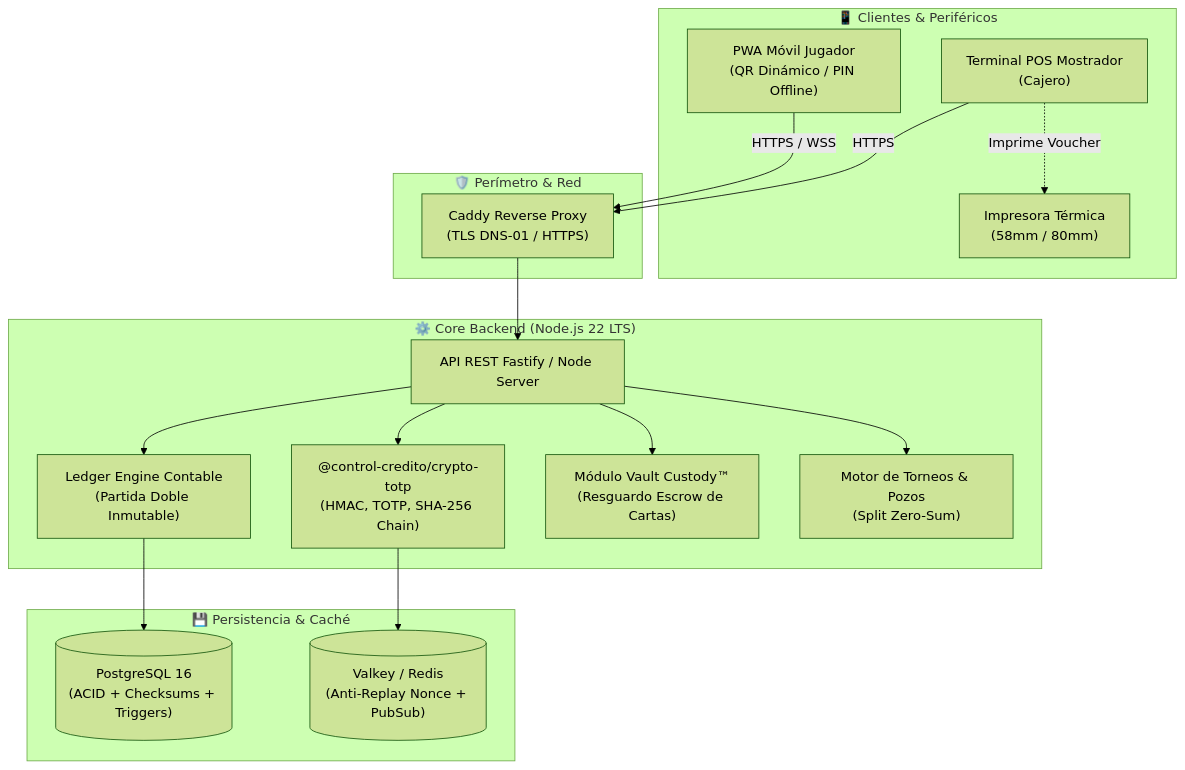
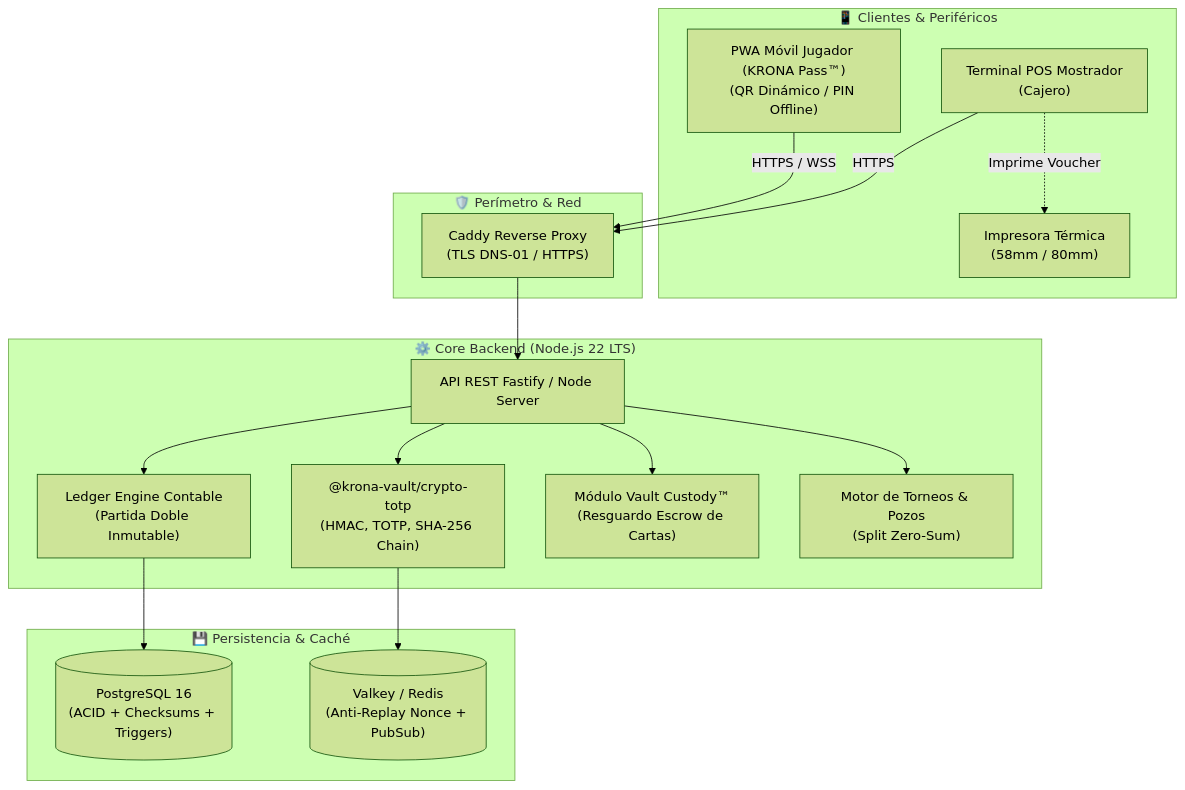
Before and after one commit to chamakov/krona-vault: the diagram in docs/ARCHITECTURE.md, drawn with Mermaid (forest theme). The commit also changed other lines of this file and 16 other files, not shown here.

Commit message:
chore: align product branding to KRONA VAULT and update repository references

````diff
--- a/docs/ARCHITECTURE.md
+++ b/docs/ARCHITECTURE.md
@@ -9,36 +9,36 @@
 ```mermaid
 flowchart TD
     subgraph Clientes ["📱 Clientes & Periféricos"]
-        PlayerApp["PWA Móvil Jugador<br/>(QR Dinámico / PIN Offline)"]
+        PlayerApp["PWA Móvil Jugador (KRONA Pass™)<br/>(QR Dinámico / PIN Offline)"]
         PosTerminal["Terminal POS Mostrador<br/>(Cajero)"]
         ThermalPrinter["Impresora Térmica<br/>(58mm / 80mm)"]
     end
 
     subgraph Proxy ["🛡️ Perímetro & Red"]
         Caddy["Caddy Reverse Proxy<br/>(TLS DNS-01 / HTTPS)"]
     end
 
     subgraph Backend ["⚙️ Core Backend (Node.js 22 LTS)"]
         API["API REST Fastify / Node Server"]
-        CryptoEngine["@control-credito/crypto-totp<br/>(HMAC, TOTP, SHA-256 Chain)"]
+        CryptoEngine["@krona-vault/crypto-totp<br/>(HMAC, TOTP, SHA-256 Chain)"]
         LedgerEngine["Ledger Engine Contable<br/>(Partida Doble Inmutable)"]
         CustodyEngine["Módulo Vault Custody™<br/>(Resguardo Escrow de Cartas)"]
         TournamentEngine["Motor de Torneos & Pozos<br/>(Split Zero-Sum)"]
     end
 
     subgraph Storage ["💾 Persistencia & Caché"]
         Postgres[("PostgreSQL 16<br/>(ACID + Checksums + Triggers)")]
         Valkey[("Valkey / Redis<br/>(Anti-Replay Nonce + PubSub)")]
     end
 
     PlayerApp -->|HTTPS / WSS| Caddy
     PosTerminal -->|HTTPS| Caddy
     Caddy --> API
     API --> CryptoEngine
     API --> LedgerEngine
     API --> CustodyEngine
     API --> TournamentEngine
     LedgerEngine --> Postgres
     CryptoEngine --> Valkey
     PosTerminal -.->|Imprime Voucher| ThermalPrinter
 ```
````
